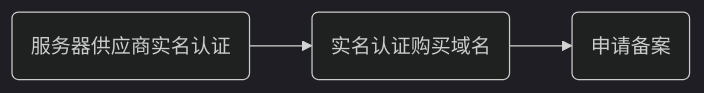
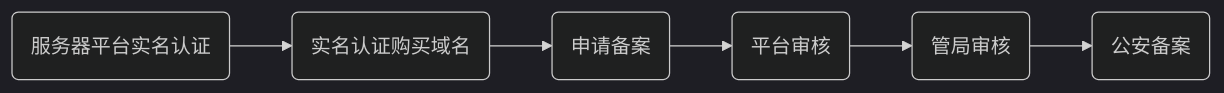
The diagram in content/blog/cloud-server-build/index.zh-cn.md (morethan987/hugo_main), drawn with Mermaid (dark theme) before and after one commit. The commit also changed other lines of this file and 2 other files, not shown here.

```diff
--- a/content/blog/cloud-server-build/index.zh-cn.md
+++ b/content/blog/cloud-server-build/index.zh-cn.md
@@ -285,4 +285,4 @@
 {{< mermaid >}}
 graph LR;
-p1(服务器供应商实名认证)-->p2(实名认证购买域名)-->p3(申请备案)
+p1(服务器平台实名认证)-->p2(实名认证购买域名)-->p3(申请备案)-->p4(平台审核)-->p5(管局审核)-->p6(公安备案)
 {{< /mermaid >}}
```
